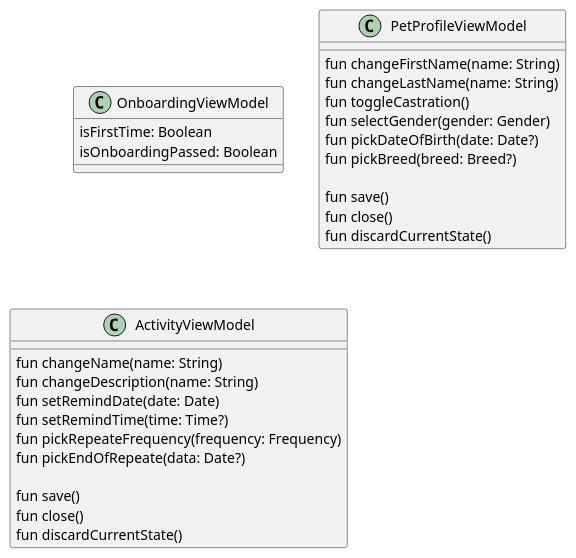
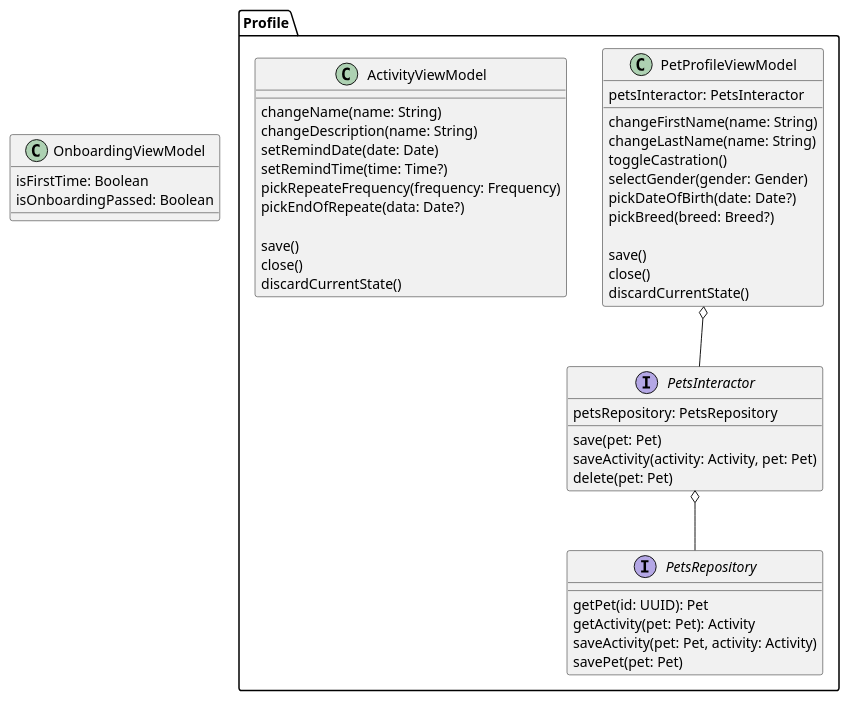
Before and after one commit to castlele/PetProfile: the diagram in documentation/viewModels.puml, drawn with PlantUML. The commit also changed 1 other file, not shown here.

Commit message:
[docs]: incapsulate profile package

```diff
--- a/documentation/viewModels.puml
+++ b/documentation/viewModels.puml
@@ -1,34 +1,57 @@
 @startuml
 
 class OnboardingViewModel {
     isFirstTime: Boolean
     isOnboardingPassed: Boolean
 }
 
-class PetProfileViewModel {
-    fun changeFirstName(name: String)
-    fun changeLastName(name: String)
-    fun toggleCastration()
-    fun selectGender(gender: Gender)
-    fun pickDateOfBirth(date: Date?)
-    fun pickBreed(breed: Breed?)
+package Profile {
 
-    fun save()
-    fun close()
-    fun discardCurrentState()
-}
+    interface PetsRepository {
+        getPet(id: UUID): Pet
+        getActivity(pet: Pet): Activity
+        saveActivity(pet: Pet, activity: Activity)
+        savePet(pet: Pet)
+    }
 
-class ActivityViewModel {
-    fun changeName(name: String)
-    fun changeDescription(name: String)
-    fun setRemindDate(date: Date)
-    fun setRemindTime(time: Time?)
-    fun pickRepeateFrequency(frequency: Frequency)
-    fun pickEndOfRepeate(data: Date?)
+    interface PetsInteractor {
+        petsRepository: PetsRepository
 
-    fun save()
-    fun close()
-    fun discardCurrentState()
+        save(pet: Pet)
+        saveActivity(activity: Activity, pet: Pet)
+        delete(pet: Pet)
+    }
+
+    class PetProfileViewModel {
+        petsInteractor: PetsInteractor
+
+        changeFirstName(name: String)
+        changeLastName(name: String)
+        toggleCastration()
+        selectGender(gender: Gender)
+        pickDateOfBirth(date: Date?)
+        pickBreed(breed: Breed?)
+
+        save()
+        close()
+        discardCurrentState()
+    }
+
+    class ActivityViewModel {
+        changeName(name: String)
+        changeDescription(name: String)
+        setRemindDate(date: Date)
+        setRemindTime(time: Time?)
+        pickRepeateFrequency(frequency: Frequency)
+        pickEndOfRepeate(data: Date?)
+
+        save()
+        close()
+        discardCurrentState()
+    }
+
+    PetProfileViewModel o-- PetsInteractor
+    PetsInteractor o-- PetsRepository
 }
 
 @enduml
```
